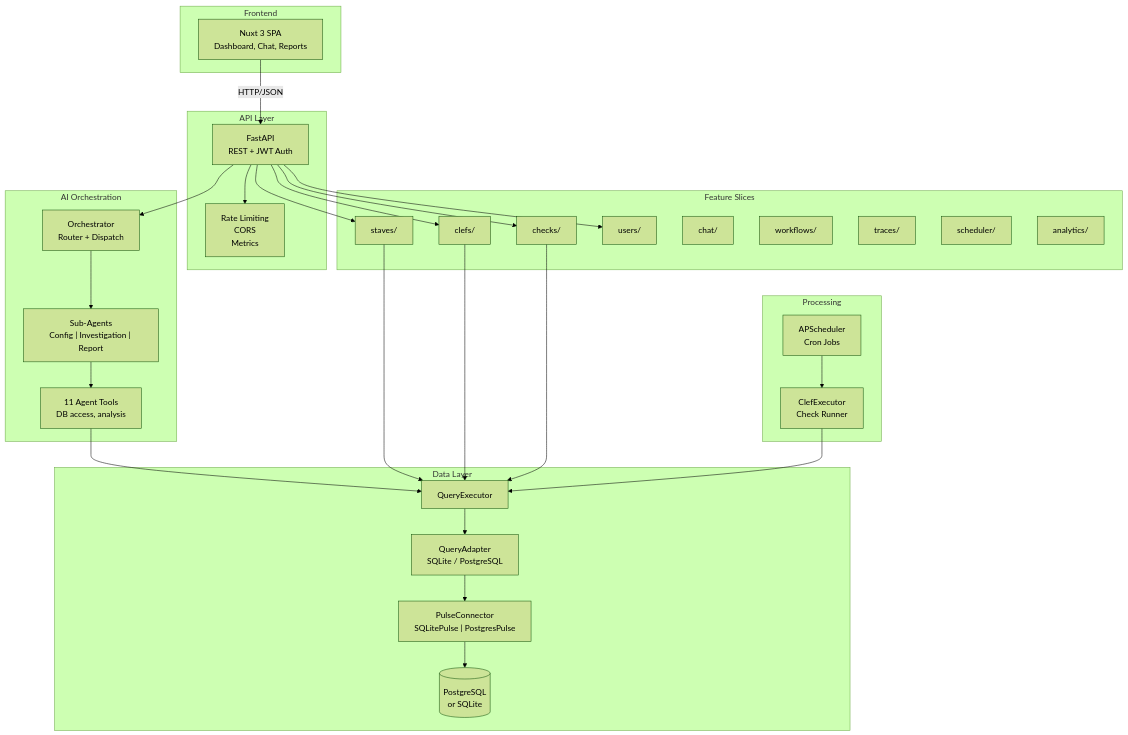
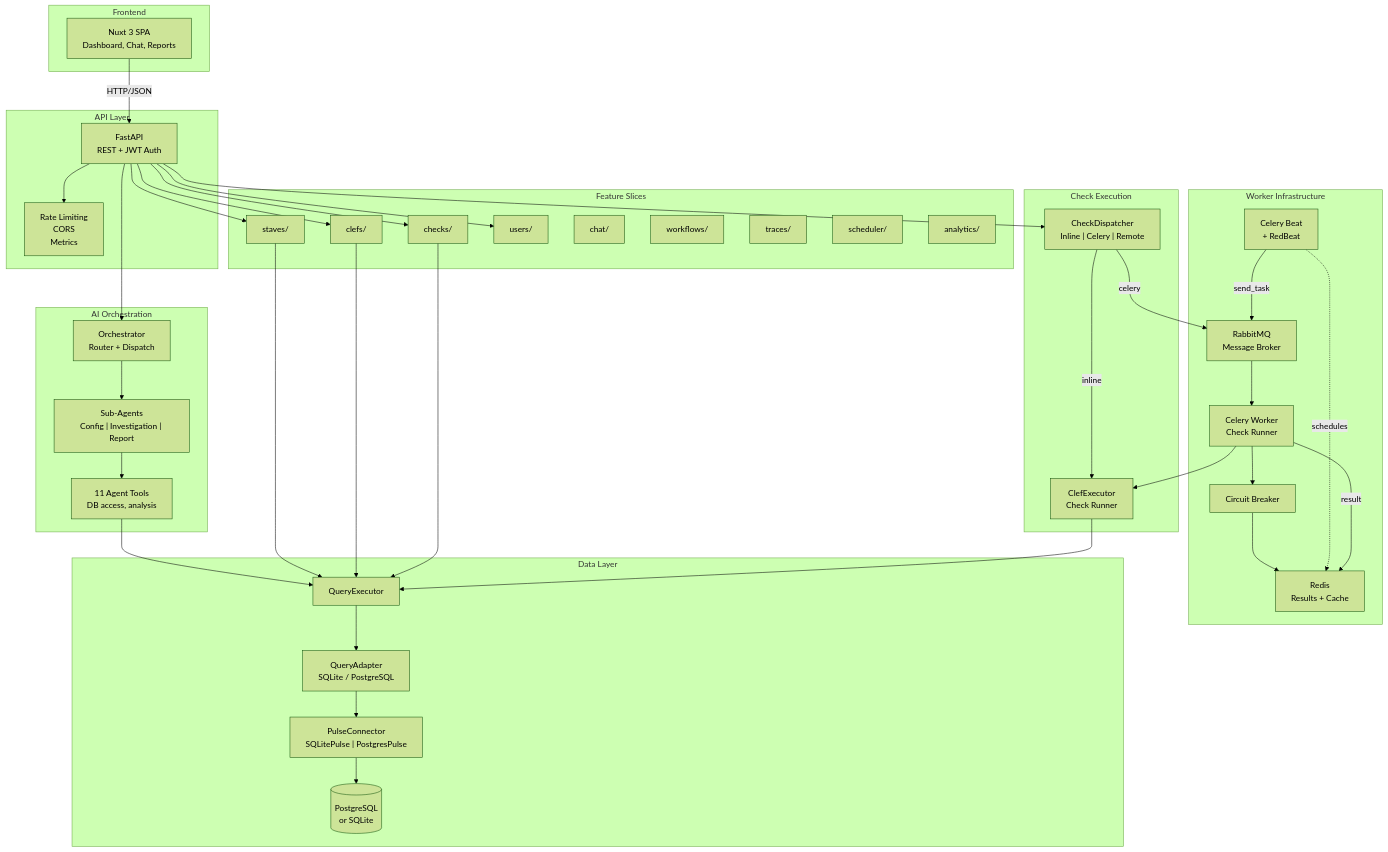
Before and after one commit to TheDataMaestros/datametronome: the first of 9 diagrams in docs/architecture.md, drawn with Mermaid (forest theme). The commit also changed other lines of this file, not shown here.

Commit message:
docs: update architecture.md with worker architecture, remove APScheduler references

````diff
--- a/docs/architecture.md
+++ b/docs/architecture.md
@@ -25,55 +25,72 @@
 ```mermaid
 graph TB
     subgraph "Frontend"
         UI["Nuxt 3 SPA<br/>Dashboard, Chat, Reports"]
     end
 
     subgraph "API Layer"
         FASTAPI["FastAPI<br/>REST + JWT Auth"]
         MIDDLEWARE["Rate Limiting<br/>CORS<br/>Metrics"]
     end
 
     subgraph "AI Orchestration"
         ORCH["Orchestrator<br/>Router + Dispatch"]
         AGENTS["Sub-Agents<br/>Config | Investigation | Report"]
         TOOLS["11 Agent Tools<br/>DB access, analysis"]
     end
 
     subgraph "Feature Slices"
         STAVES["staves/"]
         CLEFS["clefs/"]
         CHECKS["checks/"]
         USERS["users/"]
         CHAT["chat/"]
         WF["workflows/"]
         TRACES["traces/"]
         SCHED["scheduler/"]
         ANALYTICS["analytics/"]
     end
 
-    subgraph "Processing"
-        SCHEDULER["APScheduler<br/>Cron Jobs"]
+    subgraph "Worker Infrastructure"
+        RMQ["RabbitMQ<br/>Message Broker"]
+        WORKER["Celery Worker<br/>Check Runner"]
+        BEAT["Celery Beat<br/>+ RedBeat"]
+        REDIS["Redis<br/>Results + Cache"]
+        CB["Circuit Breaker"]
+    end
+
+    subgraph "Check Execution"
+        DISPATCHER["CheckDispatcher<br/>Inline | Celery | Remote"]
         EXECUTOR["ClefExecutor<br/>Check Runner"]
     end
 
     subgraph "Data Layer"
         QE["QueryExecutor"]
         QA["QueryAdapter<br/>SQLite / PostgreSQL"]
         PULSE["PulseConnector<br/>SQLitePulse | PostgresPulse"]
         DB[("PostgreSQL<br/>or SQLite")]
     end
 
     UI -->|HTTP/JSON| FASTAPI
     FASTAPI --> MIDDLEWARE
     FASTAPI --> ORCH
     FASTAPI --> STAVES & CLEFS & CHECKS & USERS
     ORCH --> AGENTS
     AGENTS --> TOOLS
     TOOLS --> QE
     STAVES & CLEFS & CHECKS --> QE
-    SCHEDULER --> EXECUTOR
+    FASTAPI --> DISPATCHER
+    DISPATCHER -->|inline| EXECUTOR
+    DISPATCHER -->|celery| RMQ
+    RMQ --> WORKER
+    WORKER --> EXECUTOR
+    WORKER --> CB
+    CB --> REDIS
+    BEAT -->|send_task| RMQ
+    BEAT -.->|schedules| REDIS
+    WORKER -->|result| REDIS
     EXECUTOR --> QE
     QE --> QA
     QA --> PULSE
     PULSE --> DB
 ```
````
